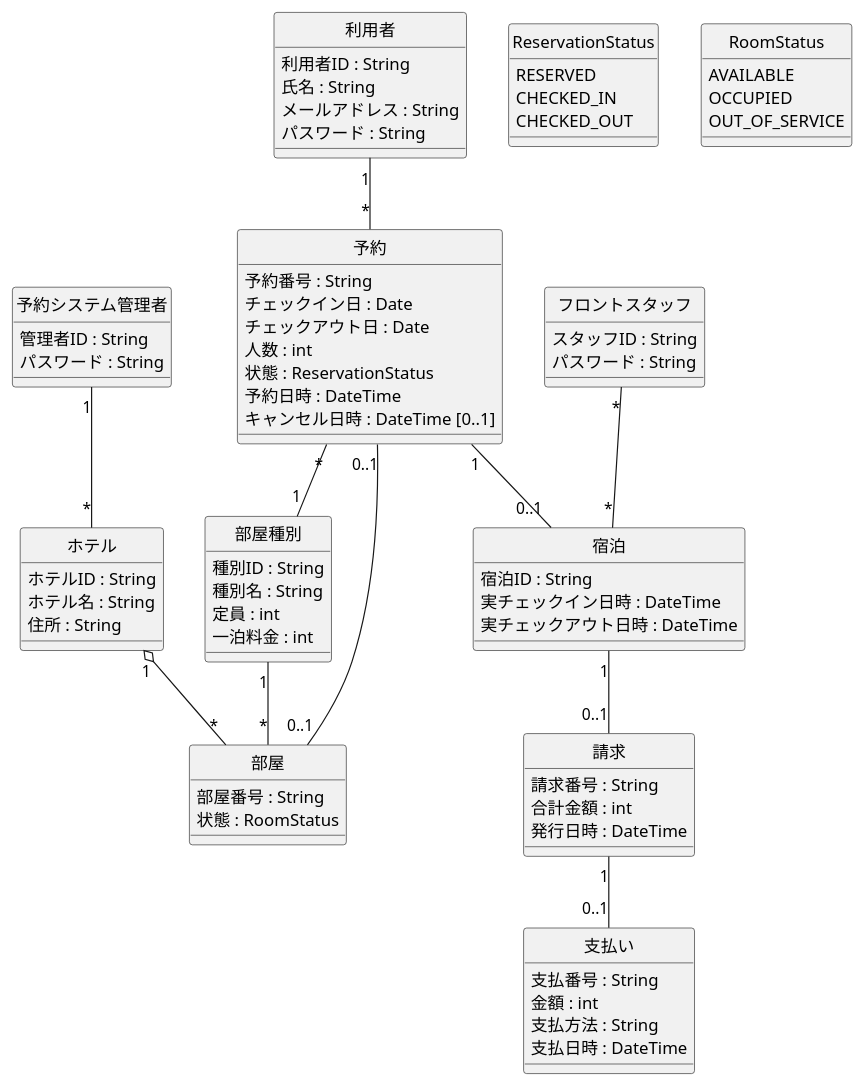
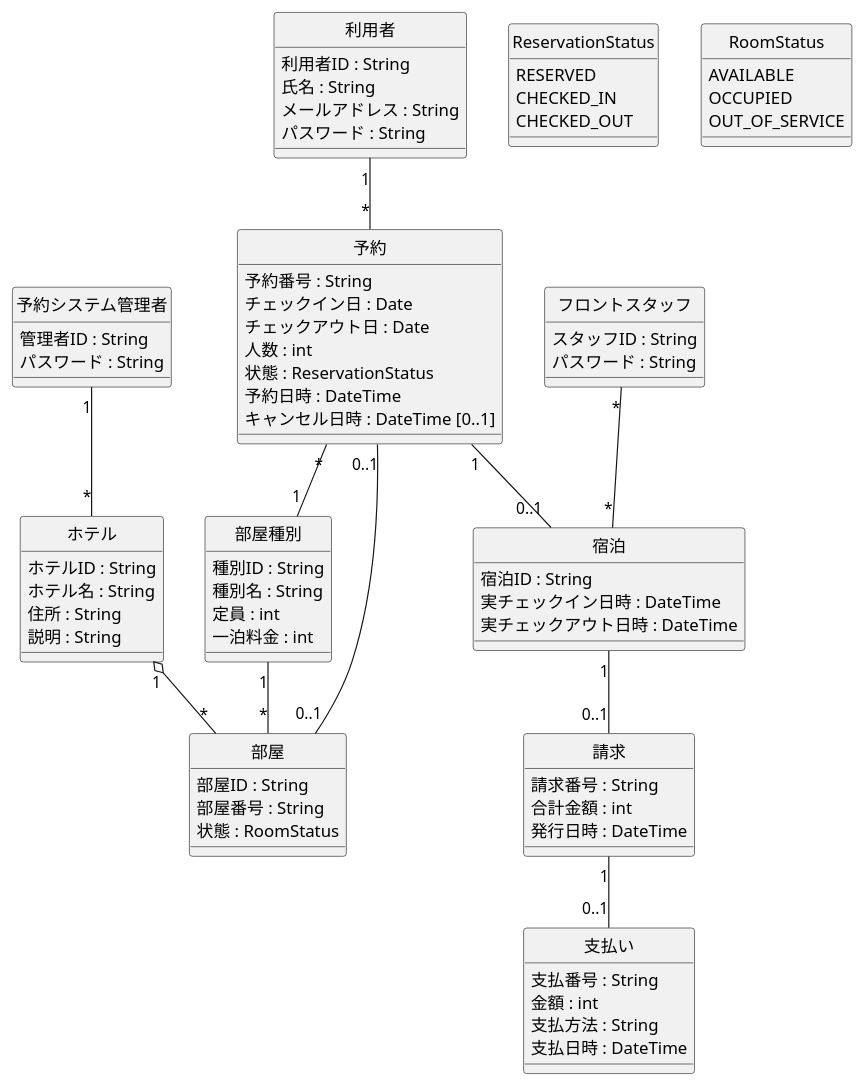
The diagram in diagrams/domain_class.puml (SMatsuda3/hrs-team-project), drawn with PlantUML before and after one commit.

Commit message:
uddate domain_class

```diff
--- a/diagrams/domain_class.puml
+++ b/diagrams/domain_class.puml
@@ -1,97 +1,99 @@
 @startuml domain_class
 
 skinparam classAttributeIconSize 0
 hide circle
 
 class 利用者 {
   利用者ID : String
   氏名 : String
   メールアドレス : String
   パスワード : String
 }
 
 class 予約システム管理者 {
   管理者ID : String
   パスワード : String
 }
 
 class フロントスタッフ {
   スタッフID : String
   パスワード : String
 }
 
 class ホテル {
   ホテルID : String
   ホテル名 : String
   住所 : String
+  説明 : String
 }
 
 class 部屋種別 {
   種別ID : String
   種別名 : String
   定員 : int
   一泊料金 : int
 }
 
 class 部屋 {
+  部屋ID : String
   部屋番号 : String
   状態 : RoomStatus
 }
 
 class 予約 {
   予約番号 : String
   チェックイン日 : Date
   チェックアウト日 : Date
   人数 : int
   状態 : ReservationStatus
   予約日時 : DateTime
   キャンセル日時 : DateTime [0..1]
 }
 
 class 宿泊 {
   宿泊ID : String
   実チェックイン日時 : DateTime
   実チェックアウト日時 : DateTime
 }
 
 class 請求 {
   請求番号 : String
   合計金額 : int
   発行日時 : DateTime
 }
 
 class 支払い {
   支払番号 : String
   金額 : int
   支払方法 : String
   支払日時 : DateTime
 }
 
 enum ReservationStatus {
   RESERVED
   ' CANCELLED
   CHECKED_IN
   CHECKED_OUT
 }
 
 enum RoomStatus {
   AVAILABLE
   OCCUPIED
   OUT_OF_SERVICE
 }
 
 ' ============================================================
 ' 関係と多重度（概念レベルなので向きは付けない）
 ' ============================================================
 ホテル              "1"    o-- "*"    部屋
 部屋種別            "1"    --  "*"    部屋
 利用者                "1"    --  "*"    予約
 予約                "*"    --  "1"    部屋種別
 予約                "0..1" --  "0..1" 部屋
 予約                "1"    --  "0..1" 宿泊
 宿泊                "1"    --  "0..1" 請求
 請求                "1"    --  "0..1" 支払い
 予約システム管理者  "1"    --  "*"    ホテル
 フロントスタッフ    "*"    --  "*"    宿泊
 
 @enduml
```
